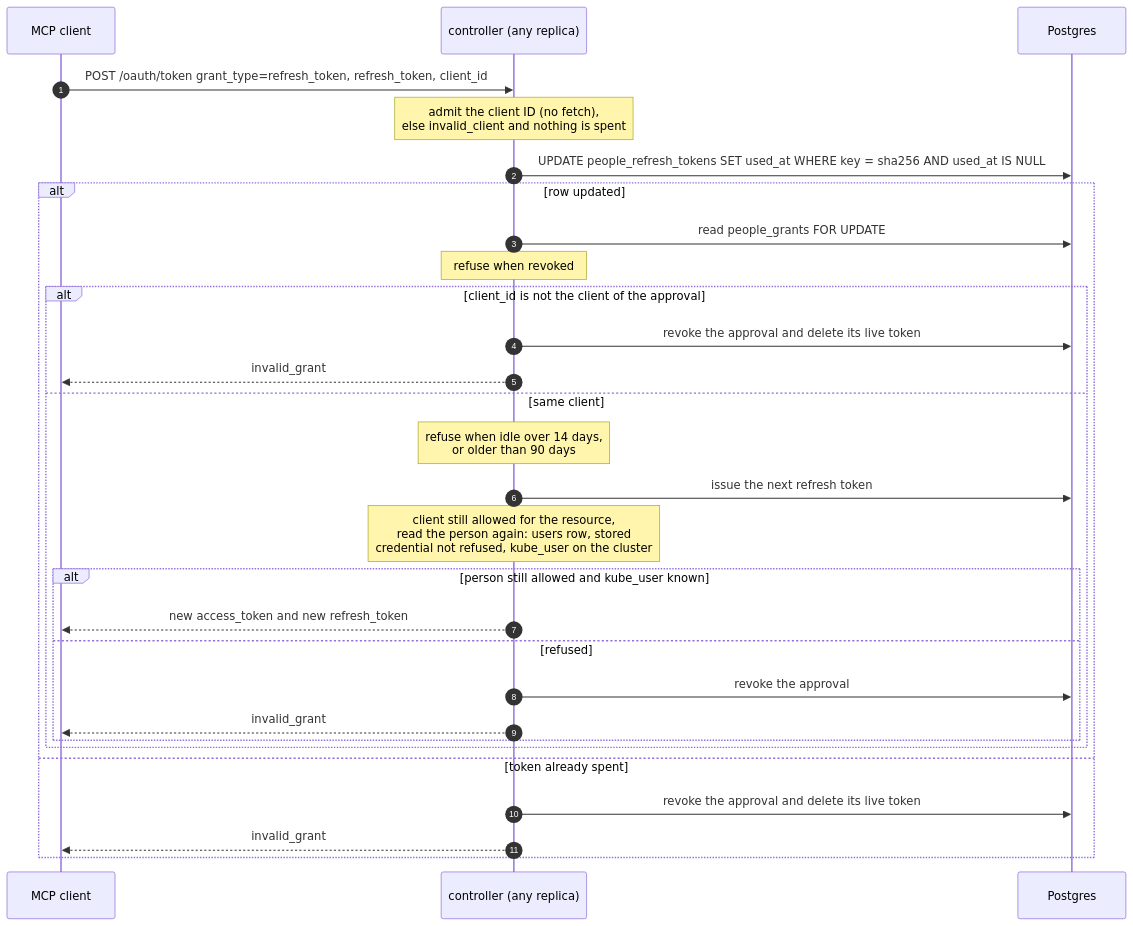
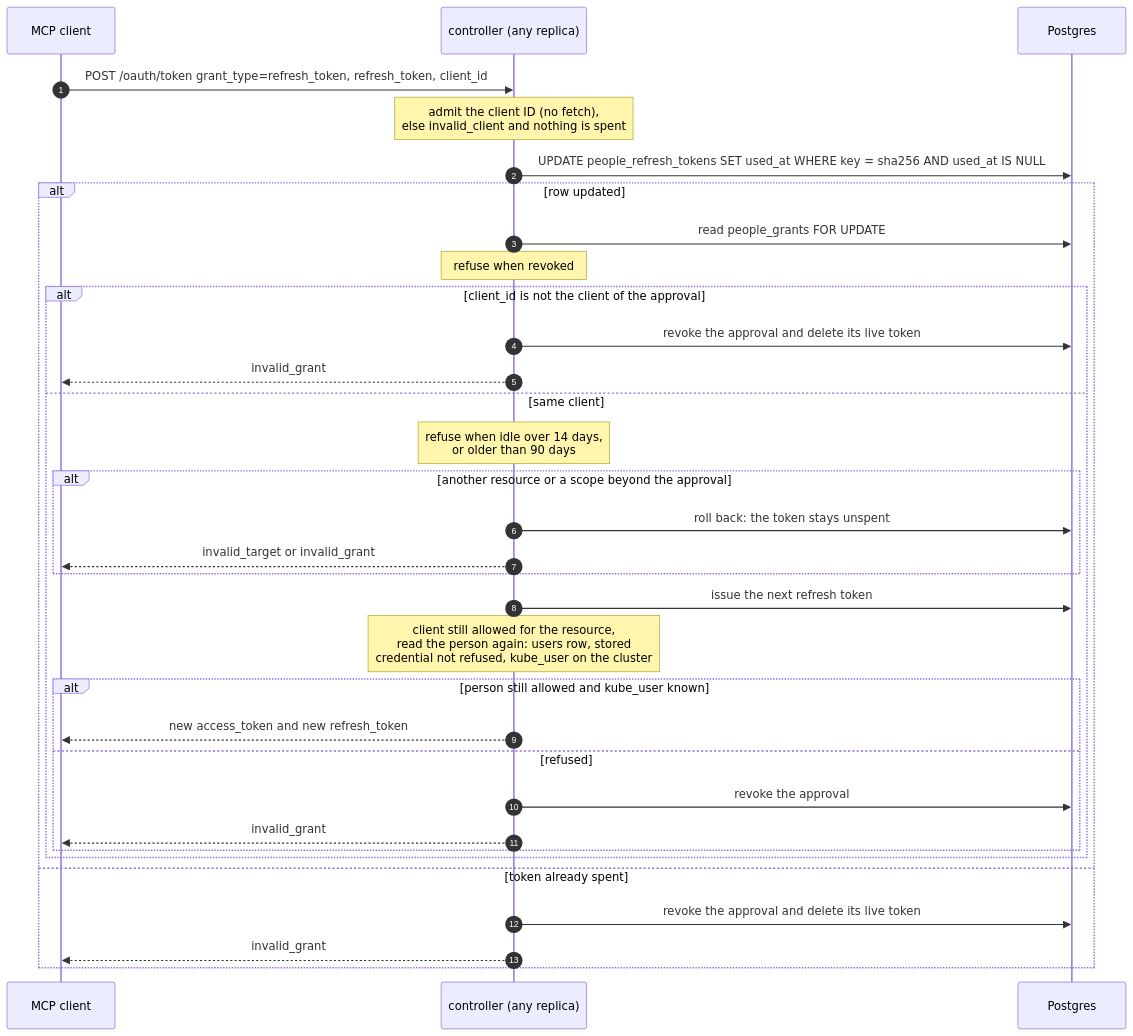
One commit to neuralmagic/crucible changed the sixth of 12 diagrams in docs/agent-mcp-architecture.md. Above: the diagram before and after it, drawn with Mermaid. The commit also changed other lines of this file and 7 other files, not shown here.

````diff
--- a/docs/agent-mcp-architecture.md
+++ b/docs/agent-mcp-architecture.md
@@ -777,31 +779,35 @@
 ```mermaid
 sequenceDiagram
     autonumber
     participant M as MCP client
     participant C as controller (any replica)
     participant D as Postgres
     M->>C: POST /oauth/token grant_type=refresh_token, refresh_token, client_id
     Note over C: admit the client ID (no fetch),<br/>else invalid_client and nothing is spent
     C->>D: UPDATE people_refresh_tokens SET used_at WHERE key = sha256 AND used_at IS NULL
     alt row updated
         C->>D: read people_grants FOR UPDATE
         Note over C: refuse when revoked
         alt client_id is not the client of the approval
             C->>D: revoke the approval and delete its live token
             C-->>M: invalid_grant
         else same client
             Note over C: refuse when idle over 14 days,<br/>or older than 90 days
+            alt another resource or a scope beyond the approval
+                C->>D: roll back: the token stays unspent
+                C-->>M: invalid_target or invalid_grant
+            end
             C->>D: issue the next refresh token
             Note over C: client still allowed for the resource,<br/>read the person again: users row, stored<br/>credential not refused, kube_user on the cluster
             alt person still allowed and kube_user known
                 C-->>M: new access_token and new refresh_token
             else refused
                 C->>D: revoke the approval
                 C-->>M: invalid_grant
             end
         end
     else token already spent
         C->>D: revoke the approval and delete its live token
         C-->>M: invalid_grant
     end
 ```
````
